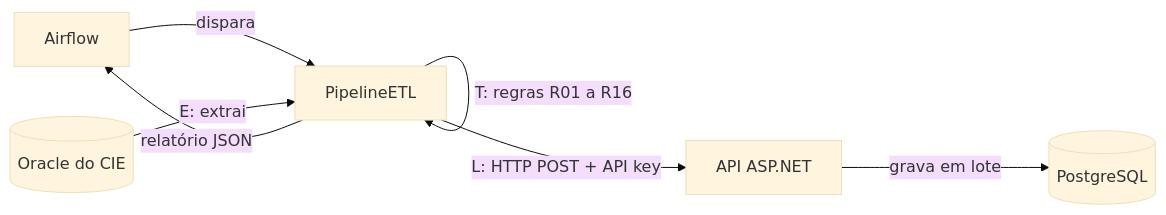
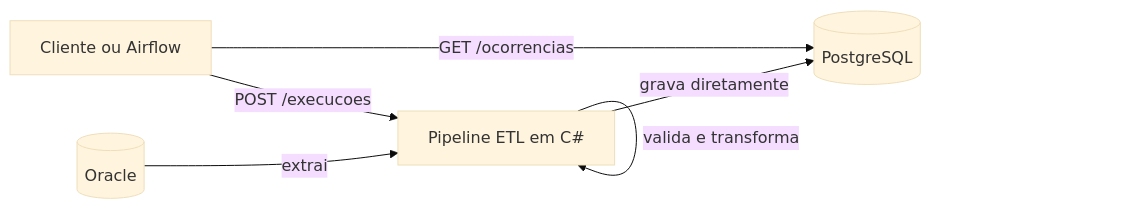
One commit to Idinaldo/samu-dataflow changed the diagram in README.md. Above: the diagram before and after it, drawn with Mermaid (base theme). The commit also changed other lines of this file and 36 other files, not shown here.

````diff
--- a/README.md
+++ b/README.md
@@ -11,9 +11,8 @@
 ```mermaid
 flowchart LR
-    A[Airflow] -->|dispara| B[PipelineETL]
-    O[(Oracle do CIE)] -->|E: extrai| B
-    B -->|T: regras R01 a R16| B
-    B -->|L: HTTP POST + API key| C[API ASP.NET]
-    C -->|grava em lote| P[(PostgreSQL)]
-    B -->|relatório JSON| A
+    O[(Oracle)] -->|extrai| E[Pipeline ETL em C#]
+    E -->|valida e transforma| E
+    E -->|grava diretamente| P[(PostgreSQL)]
+    C[Cliente ou Airflow] -->|POST /execucoes| E
+    C -->|GET /ocorrencias| P
 ```
````
